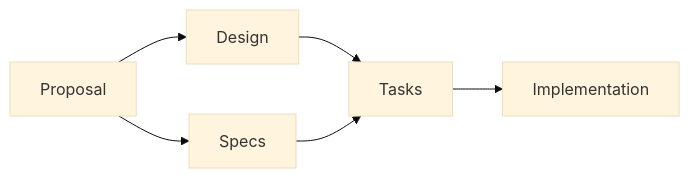
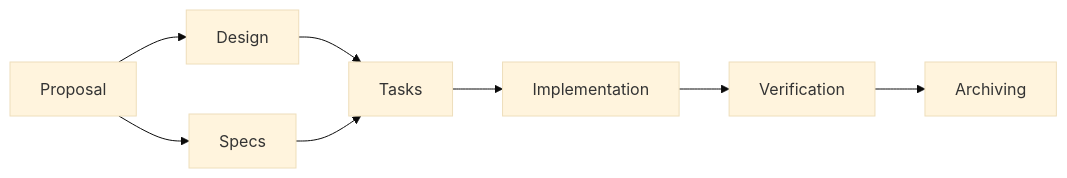
One commit to reflexdemon/tech-talks changed the diagram in presentations/openspec/intro.md. Above: the diagram before and after it, drawn with Mermaid (base theme). The commit also changed other lines of this file and 44 other files, not shown here.

````diff
--- a/presentations/openspec/intro.md
+++ b/presentations/openspec/intro.md
@@ -53,8 +80,10 @@
 ```mermaid
 graph LR
     P[Proposal] --> D[Design]
     P --> S[Specs]
     D --> T[Tasks]
     S --> T
     T --> I[Implementation]
+    I --> V[Verification]
+    V --> A[Archiving]
 ```
````
